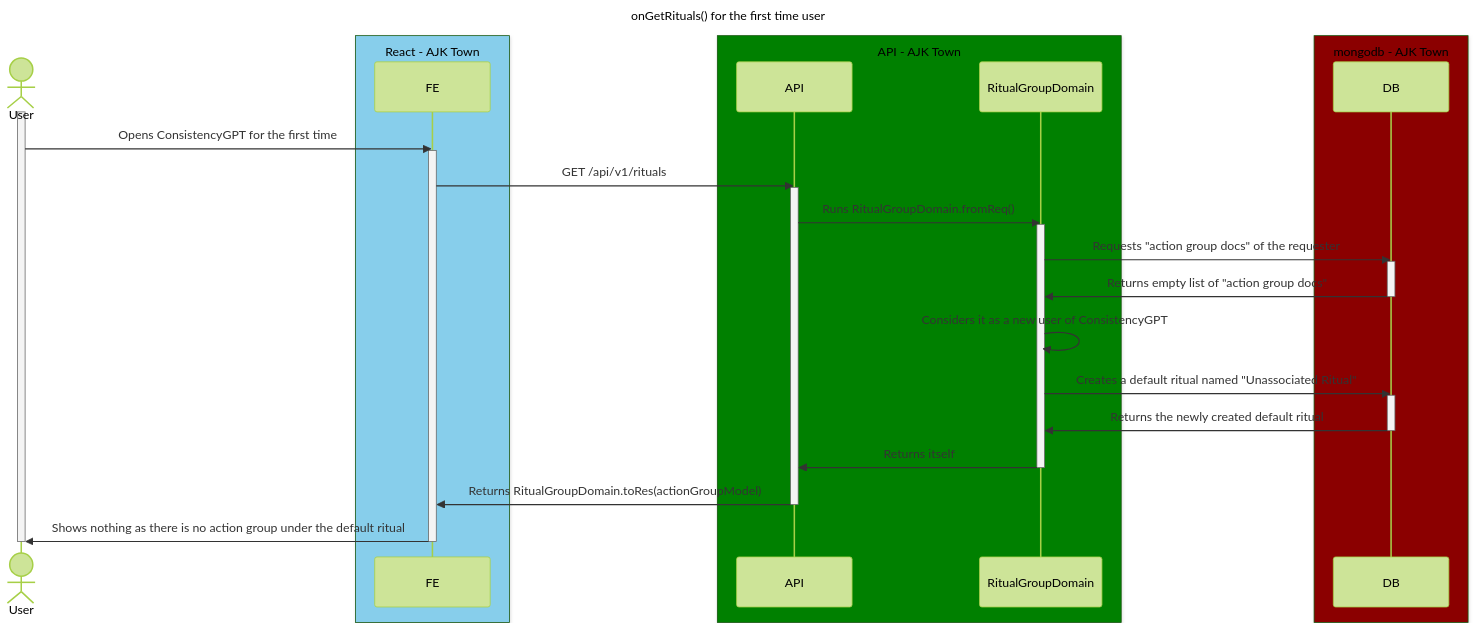
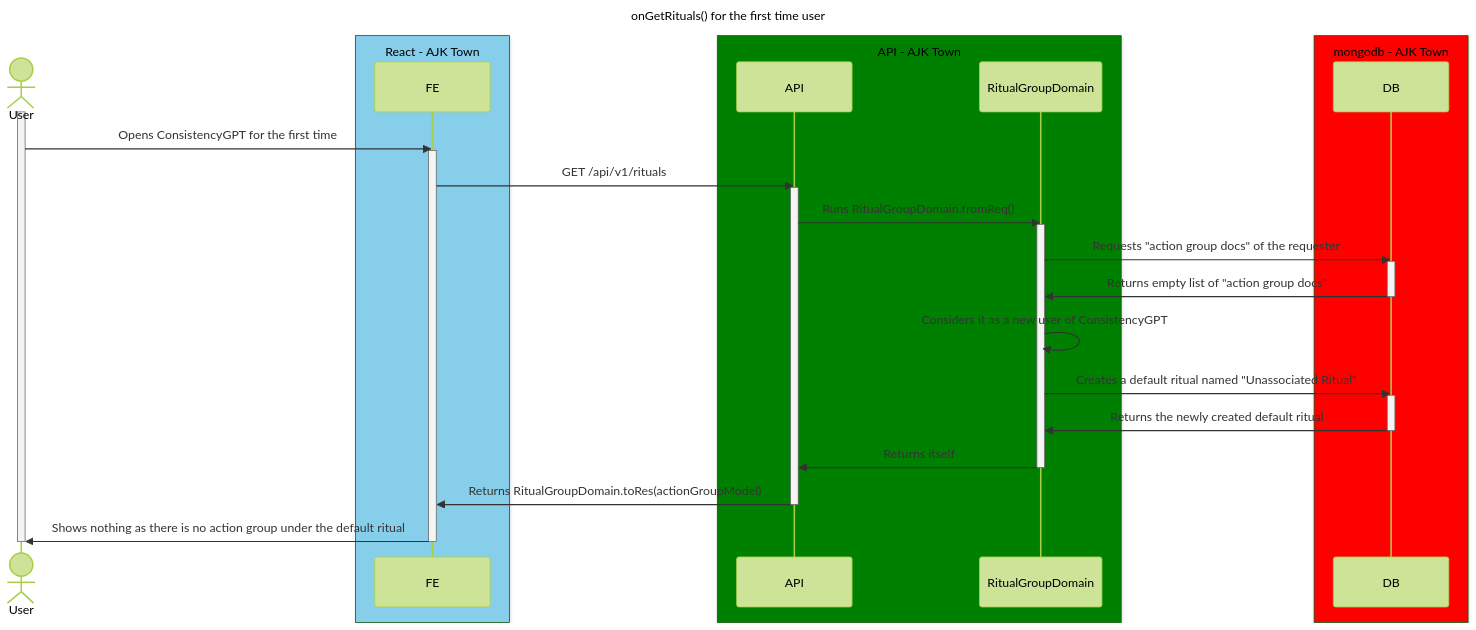
One commit to ajktown/docs changed the diagram in dev_consistency/diagrams/on-get-rituals-first-time.md. Above: the diagram before and after it, drawn with Mermaid (forest theme).

````diff
--- a/dev_consistency/diagrams/on-get-rituals-first-time.md
+++ b/dev_consistency/diagrams/on-get-rituals-first-time.md
@@ -18,42 +18,42 @@
 ```mermaid
 
 sequenceDiagram
 title: onGetRituals() for the first time user
 
 actor user as User
 box SkyBlue React - AJK Town
   participant fe as FE
 end
 box Green API - AJK Town
   participant api as API
   participant domain as RitualGroupDomain
 end
-box DarkRed mongodb - AJK Town
+box Red mongodb - AJK Town
   participant db as DB
 end
 
 
 activate user
   user ->> fe: Opens ConsistencyGPT for the first time
   activate fe
     fe ->> api: GET /api/v1/rituals
     activate api
       api ->> domain: Runs RitualGroupDomain.fromReq()
       activate domain
         domain ->> db: Requests "action group docs" of the requester
         activate db
           db ->> domain: Returns empty list of "action group docs"
         deactivate db
         domain ->> domain: Considers it as a new user of ConsistencyGPT
         domain ->> db: Creates a default ritual named "Unassociated Ritual"
         activate db
           db ->> domain: Returns the newly created default ritual
         deactivate db
         domain ->> api: Returns itself
       deactivate domain
       api ->> fe: Returns RitualGroupDomain.toRes(actionGroupModel)
     deactivate api
     fe ->> user: Shows nothing as there is no action group under the default ritual
   deactivate fe
 deactivate user
 ```
````
